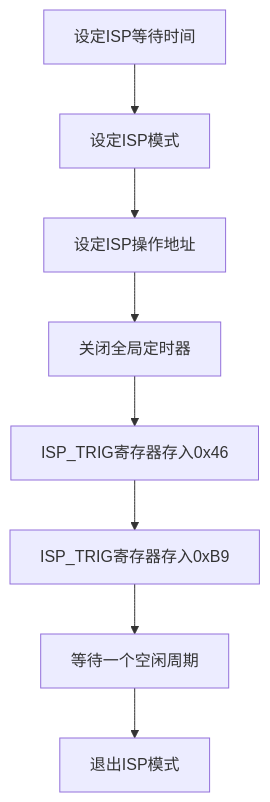
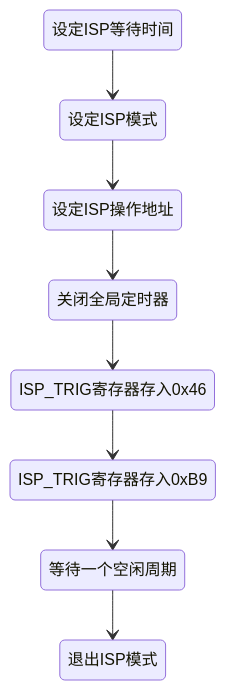
One commit to akorin12138/akorin12138.github.io changed the diagram in pages/posts/51microcopmuter.md. Above: the diagram before and after it, drawn with Mermaid.

````diff
--- a/pages/posts/51microcopmuter.md
+++ b/pages/posts/51microcopmuter.md
@@ -65,7 +65,13 @@
 ```mermaid
 
-flowchart TD
+stateDiagram
 
-  设定ISP等待时间 --> 设定ISP模式 --> 设定ISP操作地址 --> 关闭全局定时器 --> ISP_TRIG寄存器存入0x46 --> ISP_TRIG寄存器存入0xB9 --> 等待一个空闲周期 --> 退出ISP模式
+  设定ISP等待时间 --> 设定ISP模式 
+  设定ISP模式 --> 设定ISP操作地址 
+  设定ISP操作地址 --> 关闭全局定时器 
+  关闭全局定时器 --> ISP_TRIG寄存器存入0x46 
+  ISP_TRIG寄存器存入0x46 --> ISP_TRIG寄存器存入0xB9 
+  ISP_TRIG寄存器存入0xB9 --> 等待一个空闲周期 
+  等待一个空闲周期 --> 退出ISP模式
 
 ```
````
